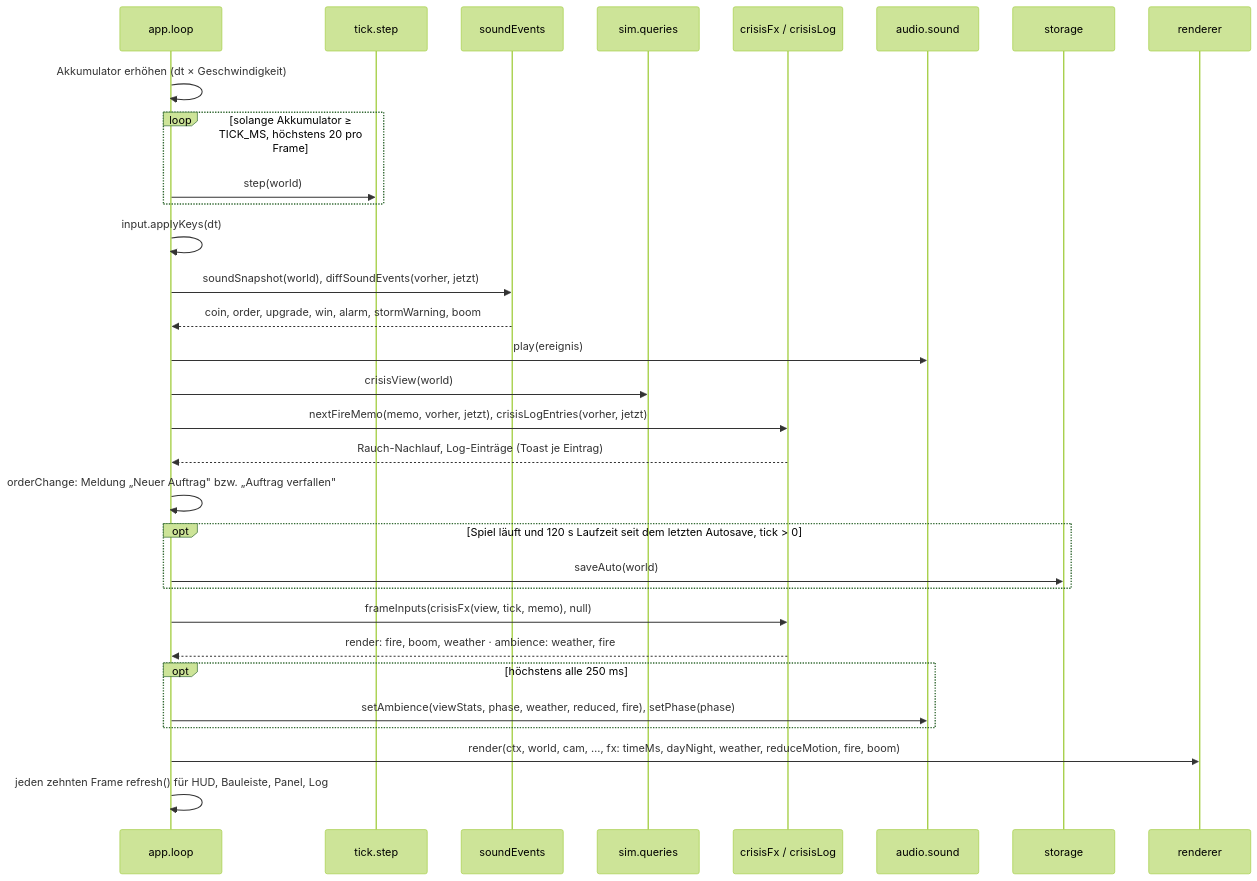
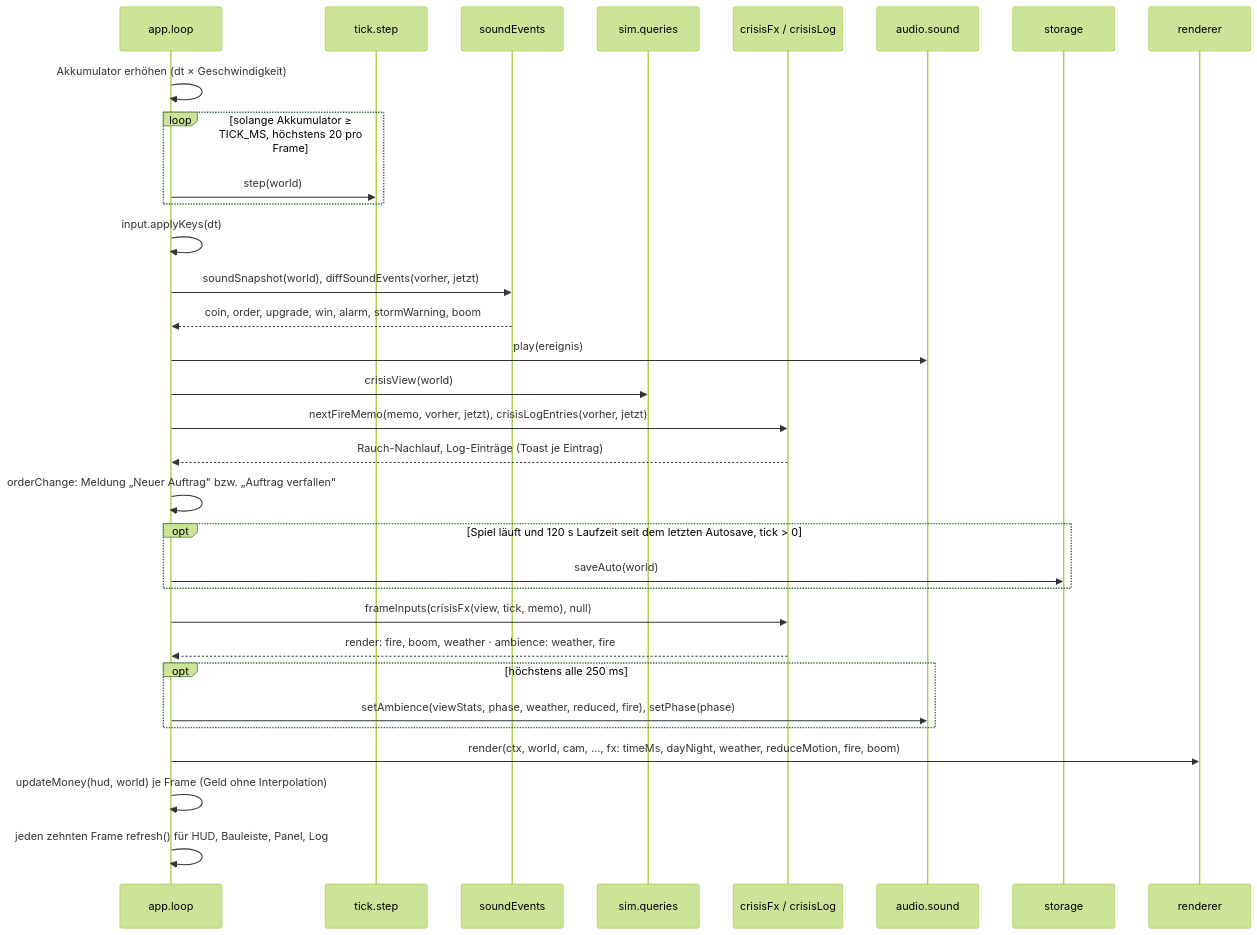
The third of 9 diagrams in docs/arc42.md (konstantinniedermann/Inselreich), drawn with Mermaid (forest theme) before and after one commit. The commit also changed other lines of this file and 5 other files, not shown here.

````diff
--- a/docs/arc42.md
+++ b/docs/arc42.md
@@ -262,33 +262,34 @@
 ```mermaid
 sequenceDiagram
   participant GL as app.loop
   participant Tick as tick.step
   participant SE as soundEvents
   participant Q as sim.queries
   participant CF as crisisFx / crisisLog
   participant Snd as audio.sound
   participant St as storage
   participant Ren as renderer
   GL->>GL: Akkumulator erhöhen (dt × Geschwindigkeit)
   loop solange Akkumulator ≥ TICK_MS, höchstens 20 pro Frame
     GL->>Tick: step(world)
   end
   GL->>GL: input.applyKeys(dt)
   GL->>SE: soundSnapshot(world), diffSoundEvents(vorher, jetzt)
   SE-->>GL: coin, order, upgrade, win, alarm, stormWarning, boom
   GL->>Snd: play(ereignis)
   GL->>Q: crisisView(world)
   GL->>CF: nextFireMemo(memo, vorher, jetzt), crisisLogEntries(vorher, jetzt)
   CF-->>GL: Rauch-Nachlauf, Log-Einträge (Toast je Eintrag)
   GL->>GL: orderChange: Meldung „Neuer Auftrag" bzw. „Auftrag verfallen"
   opt Spiel läuft und 120 s Laufzeit seit dem letzten Autosave, tick > 0
     GL->>St: saveAuto(world)
   end
   GL->>CF: frameInputs(crisisFx(view, tick, memo), null)
   CF-->>GL: render: fire, boom, weather · ambience: weather, fire
   opt höchstens alle 250 ms
     GL->>Snd: setAmbience(viewStats, phase, weather, reduced, fire), setPhase(phase)
   end
   GL->>Ren: render(ctx, world, cam, …, fx: timeMs, dayNight, weather, reduceMotion, fire, boom)
+  GL->>GL: updateMoney(hud, world) je Frame (Geld ohne Interpolation)
   GL->>GL: jeden zehnten Frame refresh() für HUD, Bauleiste, Panel, Log
 ```
````
